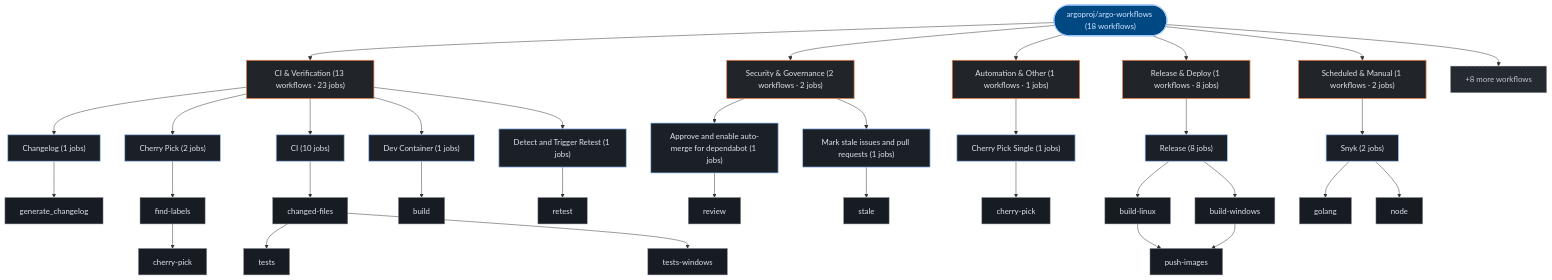
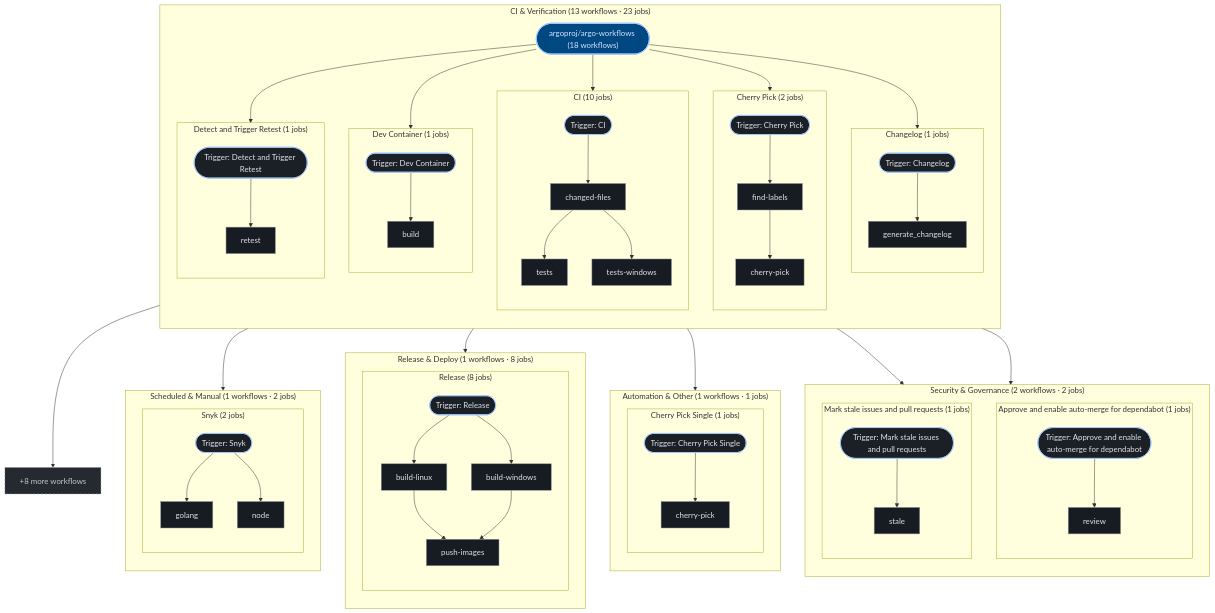
Before and after one commit to kumarshaz/atruss-code-atlas: the third of 3 diagrams in exports/latest/reports/argoproj-argo-workflows-report.md, drawn with Mermaid. The commit also changed 181 other files, not shown here.

````diff
--- a/exports/latest/reports/argoproj-argo-workflows-report.md
+++ b/exports/latest/reports/argoproj-argo-workflows-report.md
@@ -396,69 +396,104 @@
   classDef atlasAlert fill:#93000a,stroke:#ffb4ab,stroke-width:1.5px,color:#ffdad6
   classDef atlasMore fill:#252a31,stroke:#8d9199,stroke-dasharray:4 4,color:#c3c6cf
   pipeline_root(["argoproj/argo-workflows (18 workflows)"]):::atlasRoot
-  grp_0_CI___Verification["CI & Verification (13 workflows · 23 jobs)"]:::atlasCategory
-  pipeline_root --> grp_0_CI___Verification
-  wf_0_Changelog["Changelog (1 jobs)"]:::atlasWorkflow
-  grp_0_CI___Verification --> wf_0_Changelog
-  job_0_generate_changelog["generate_changelog"]:::atlasJob
-  wf_0_Changelog --> job_0_generate_changelog
-  wf_2_Cherry_Pick["Cherry Pick (2 jobs)"]:::atlasWorkflow
-  grp_0_CI___Verification --> wf_2_Cherry_Pick
-  job_2_find_labels["find-labels"]:::atlasJob
-  job_2_cherry_pick["cherry-pick"]:::atlasJob
-  wf_2_Cherry_Pick --> job_2_find_labels
-  job_2_find_labels --> job_2_cherry_pick
-  wf_3_CI["CI (10 jobs)"]:::atlasWorkflow
-  grp_0_CI___Verification --> wf_3_CI
-  job_3_changed_files["changed-files"]:::atlasJob
-  job_3_tests["tests"]:::atlasJob
-  job_3_tests_windows["tests-windows"]:::atlasJob
-  wf_3_CI --> job_3_changed_files
-  job_3_changed_files --> job_3_tests
-  job_3_changed_files --> job_3_tests_windows
-  wf_5_Dev_Container["Dev Container (1 jobs)"]:::atlasWorkflow
-  grp_0_CI___Verification --> wf_5_Dev_Container
-  job_5_build["build"]:::atlasJob
-  wf_5_Dev_Container --> job_5_build
-  wf_13_Detect_and_Trigger_Retest["Detect and Trigger Retest (1 jobs)"]:::atlasWorkflow
-  grp_0_CI___Verification --> wf_13_Detect_and_Trigger_Retest
-  job_13_retest["retest"]:::atlasJob
-  wf_13_Detect_and_Trigger_Retest --> job_13_retest
-  grp_1_Security___Governance["Security & Governance (2 workflows · 2 jobs)"]:::atlasCategory
-  pipeline_root --> grp_1_Security___Governance
-  wf_4_Approve_and_enable_auto_merge_for_dependabot["Approve and enable auto-merge for dependabot (1 jobs)"]:::atlasWorkflow
-  grp_1_Security___Governance --> wf_4_Approve_and_enable_auto_merge_for_dependabot
-  job_4_review["review"]:::atlasJob
-  wf_4_Approve_and_enable_auto_merge_for_dependabot --> job_4_review
-  wf_16_Mark_stale_issues_and_pull_requests["Mark stale issues and pull requests (1 jobs)"]:::atlasWorkflow
-  grp_1_Security___Governance --> wf_16_Mark_stale_issues_and_pull_requests
-  job_16_stale["stale"]:::atlasJob
-  wf_16_Mark_stale_issues_and_pull_requests --> job_16_stale
-  grp_2_Automation___Other["Automation & Other (1 workflows · 1 jobs)"]:::atlasCategory
-  pipeline_root --> grp_2_Automation___Other
-  wf_1_Cherry_Pick_Single["Cherry Pick Single (1 jobs)"]:::atlasWorkflow
-  grp_2_Automation___Other --> wf_1_Cherry_Pick_Single
-  job_1_cherry_pick["cherry-pick"]:::atlasJob
-  wf_1_Cherry_Pick_Single --> job_1_cherry_pick
-  grp_3_Release___Deploy["Release & Deploy (1 workflows · 8 jobs)"]:::atlasCategory
-  pipeline_root --> grp_3_Release___Deploy
-  wf_11_Release["Release (8 jobs)"]:::atlasWorkflow
-  grp_3_Release___Deploy --> wf_11_Release
-  job_11_build_linux["build-linux"]:::atlasJob
-  job_11_build_windows["build-windows"]:::atlasJob
-  job_11_push_images["push-images"]:::atlasJob
-  wf_11_Release --> job_11_build_linux
-  wf_11_Release --> job_11_build_windows
-  job_11_build_linux --> job_11_push_images
-  job_11_build_windows --> job_11_push_images
-  grp_4_Scheduled___Manual["Scheduled & Manual (1 workflows · 2 jobs)"]:::atlasCategory
-  pipeline_root --> grp_4_Scheduled___Manual
-  wf_15_Snyk["Snyk (2 jobs)"]:::atlasWorkflow
-  grp_4_Scheduled___Manual --> wf_15_Snyk
-  job_15_golang["golang"]:::atlasJob
-  job_15_node["node"]:::atlasJob
-  wf_15_Snyk --> job_15_golang
-  wf_15_Snyk --> job_15_node
+  subgraph sg_grp_0_CI___Verification["CI & Verification (13 workflows · 23 jobs)"]
+    direction TB
+    subgraph sg_wf_0_Changelog["Changelog (1 jobs)"]
+      direction TB
+      wf_0_Changelog(["Trigger: Changelog"]):::atlasWorkflow
+      job_0_generate_changelog["generate_changelog"]:::atlasJob
+      wf_0_Changelog --> job_0_generate_changelog
+    end
+    pipeline_root --> wf_0_Changelog
+    subgraph sg_wf_2_Cherry_Pick["Cherry Pick (2 jobs)"]
+      direction TB
+      wf_2_Cherry_Pick(["Trigger: Cherry Pick"]):::atlasWorkflow
+      job_2_find_labels["find-labels"]:::atlasJob
+      job_2_cherry_pick["cherry-pick"]:::atlasJob
+      wf_2_Cherry_Pick --> job_2_find_labels
+      job_2_find_labels --> job_2_cherry_pick
+    end
+    pipeline_root --> wf_2_Cherry_Pick
+    subgraph sg_wf_3_CI["CI (10 jobs)"]
+      direction TB
+      wf_3_CI(["Trigger: CI"]):::atlasWorkflow
+      job_3_changed_files["changed-files"]:::atlasJob
+      job_3_tests["tests"]:::atlasJob
+      job_3_tests_windows["tests-windows"]:::atlasJob
+      wf_3_CI --> job_3_changed_files
+      job_3_changed_files --> job_3_tests
+      job_3_changed_files --> job_3_tests_windows
+    end
+    pipeline_root --> wf_3_CI
+    subgraph sg_wf_5_Dev_Container["Dev Container (1 jobs)"]
+      direction TB
+      wf_5_Dev_Container(["Trigger: Dev Container"]):::atlasWorkflow
+      job_5_build["build"]:::atlasJob
+      wf_5_Dev_Container --> job_5_build
+    end
+    pipeline_root --> wf_5_Dev_Container
+    subgraph sg_wf_13_Detect_and_Trigger_Retest["Detect and Trigger Retest (1 jobs)"]
+      direction TB
+      wf_13_Detect_and_Trigger_Retest(["Trigger: Detect and Trigger Retest"]):::atlasWorkflow
+      job_13_retest["retest"]:::atlasJob
+      wf_13_Detect_and_Trigger_Retest --> job_13_retest
+    end
+    pipeline_root --> wf_13_Detect_and_Trigger_Retest
+  end
+  subgraph sg_grp_1_Security___Governance["Security & Governance (2 workflows · 2 jobs)"]
+    direction TB
+    subgraph sg_wf_4_Approve_and_enable_auto_merge_for_dependabot["Approve and enable auto-merge for dependabot (1 jobs)"]
+      direction TB
+      wf_4_Approve_and_enable_auto_merge_for_dependabot(["Trigger: Approve and enable auto-merge for dependabot"]):::atlasWorkflow
+      job_4_review["review"]:::atlasJob
+      wf_4_Approve_and_enable_auto_merge_for_dependabot --> job_4_review
+    end
+    pipeline_root --> wf_4_Approve_and_enable_auto_merge_for_dependabot
+    subgraph sg_wf_16_Mark_stale_issues_and_pull_requests["Mark stale issues and pull requests (1 jobs)"]
+      direction TB
+      wf_16_Mark_stale_issues_and_pull_requests(["Trigger: Mark stale issues and pull requests"]):::atlasWorkflow
+      job_16_stale["stale"]:::atlasJob
+      wf_16_Mark_stale_issues_and_pull_requests --> job_16_stale
+    end
+    pipeline_root --> wf_16_Mark_stale_issues_and_pull_requests
+  end
+  subgraph sg_grp_2_Automation___Other["Automation & Other (1 workflows · 1 jobs)"]
+    direction TB
+    subgraph sg_wf_1_Cherry_Pick_Single["Cherry Pick Single (1 jobs)"]
+      direction TB
+      wf_1_Cherry_Pick_Single(["Trigger: Cherry Pick Single"]):::atlasWorkflow
+      job_1_cherry_pick["cherry-pick"]:::atlasJob
+      wf_1_Cherry_Pick_Single --> job_1_cherry_pick
+    end
+    pipeline_root --> wf_1_Cherry_Pick_Single
+  end
+  subgraph sg_grp_3_Release___Deploy["Release & Deploy (1 workflows · 8 jobs)"]
+    direction TB
+    subgraph sg_wf_11_Release["Release (8 jobs)"]
+      direction TB
+      wf_11_Release(["Trigger: Release"]):::atlasWorkflow
+      job_11_build_linux["build-linux"]:::atlasJob
+      job_11_build_windows["build-windows"]:::atlasJob
+      job_11_push_images["push-images"]:::atlasJob
+      wf_11_Release --> job_11_build_linux
+      wf_11_Release --> job_11_build_windows
+      job_11_build_linux --> job_11_push_images
+      job_11_build_windows --> job_11_push_images
+    end
+    pipeline_root --> wf_11_Release
+  end
+  subgraph sg_grp_4_Scheduled___Manual["Scheduled & Manual (1 workflows · 2 jobs)"]
+    direction TB
+    subgraph sg_wf_15_Snyk["Snyk (2 jobs)"]
+      direction TB
+      wf_15_Snyk(["Trigger: Snyk"]):::atlasWorkflow
+      job_15_golang["golang"]:::atlasJob
+      job_15_node["node"]:::atlasJob
+      wf_15_Snyk --> job_15_golang
+      wf_15_Snyk --> job_15_node
+    end
+    pipeline_root --> wf_15_Snyk
+  end
   wf_more["+8 more workflows"]:::atlasMore
   pipeline_root --> wf_more
 ```
````
